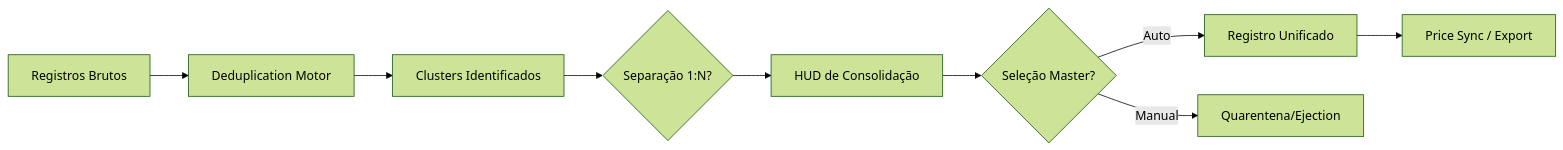
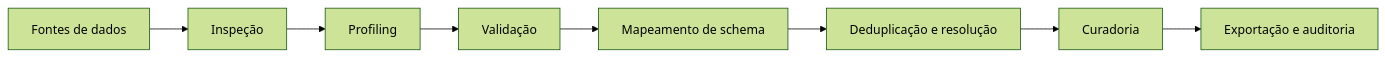
Before and after one commit to alldevitone-maker/Genaja: the first of 2 diagrams in README.md, drawn with Mermaid (forest theme). The commit also changed other lines of this file, not shown here.

````diff
--- a/README.md
+++ b/README.md
@@ -78,11 +32,10 @@
 ```mermaid
 graph LR
-    Raw[Registros Brutos] --> Engine[Deduplication Motor]
-    Engine --> Clusters[Clusters Identificados]
-    Clusters --> Split{Separação 1:N?}
-    Split --> HUD[HUD de Consolidação]
-    HUD --> Choice{Seleção Master?}
-    Choice -- Auto --> Final[Registro Unificado]
-    Choice -- Manual --> Eject[Quarentena/Ejection]
-    Final --> Sync[Price Sync / Export]
+    A[Fontes de dados] --> B[Inspeção]
+    B --> C[Profiling]
+    C --> D[Validação]
+    D --> E[Mapeamento de schema]
+    E --> F[Deduplicação e resolução]
+    F --> G[Curadoria]
+    G --> H[Exportação e auditoria]
 ```
````
